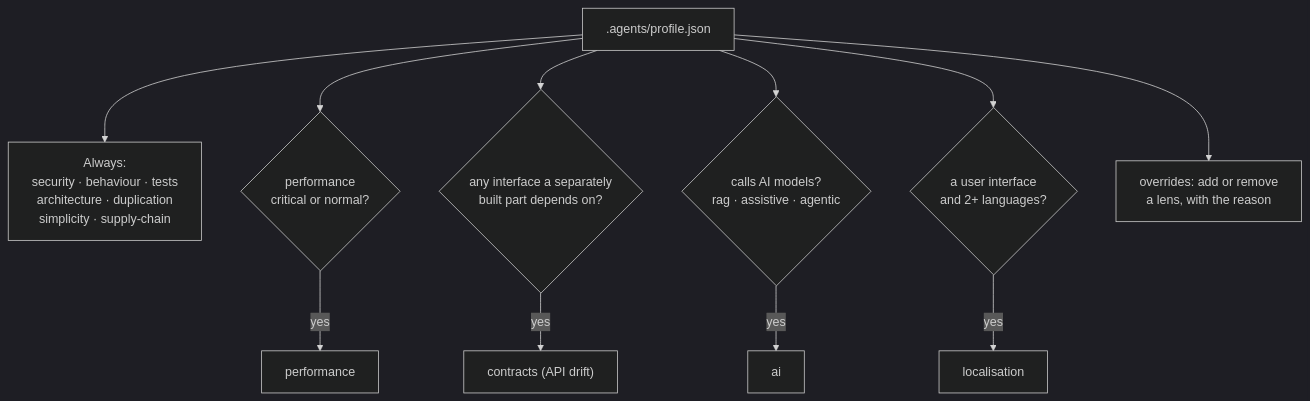
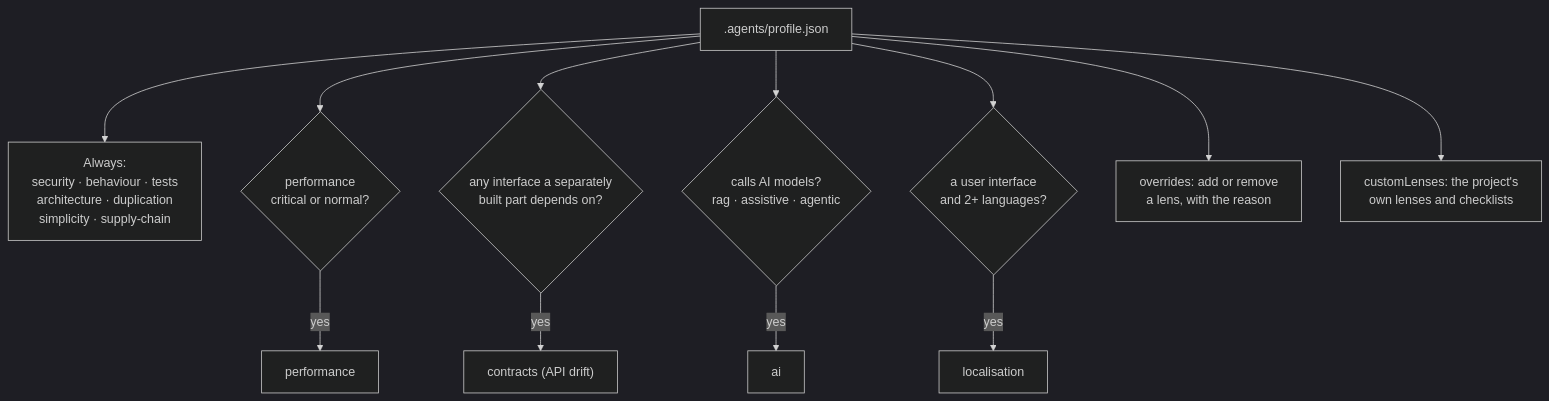
Before and after one commit to chaordic-io/discipline: the sixth of 8 diagrams in README.md, drawn with Mermaid (dark theme). The commit also changed other lines of this file and 15 other files, not shown here.

````diff
--- a/README.md
+++ b/README.md
@@ -305,13 +305,14 @@
 ```mermaid
 flowchart TD
     PF[".agents/profile.json"] --> CORE["Always:<br/>security · behaviour · tests<br/>architecture · duplication<br/>simplicity · supply-chain"]
     PF --> PQ{"performance<br/>critical or normal?"}
     PQ -- yes --> PERF[performance]
     PF --> IQ{"any interface a separately<br/>built part depends on?"}
     IQ -- yes --> CON["contracts (API drift)"]
     PF --> AQ{"calls AI models?<br/>rag · assistive · agentic"}
     AQ -- yes --> AI[ai]
     PF --> LQ{"a user interface<br/>and 2+ languages?"}
     LQ -- yes --> LOC[localisation]
     PF --> OV["overrides: add or remove<br/>a lens, with the reason"]
+    PF --> CU["customLenses: the project's<br/>own lenses and checklists"]
 ```
````
